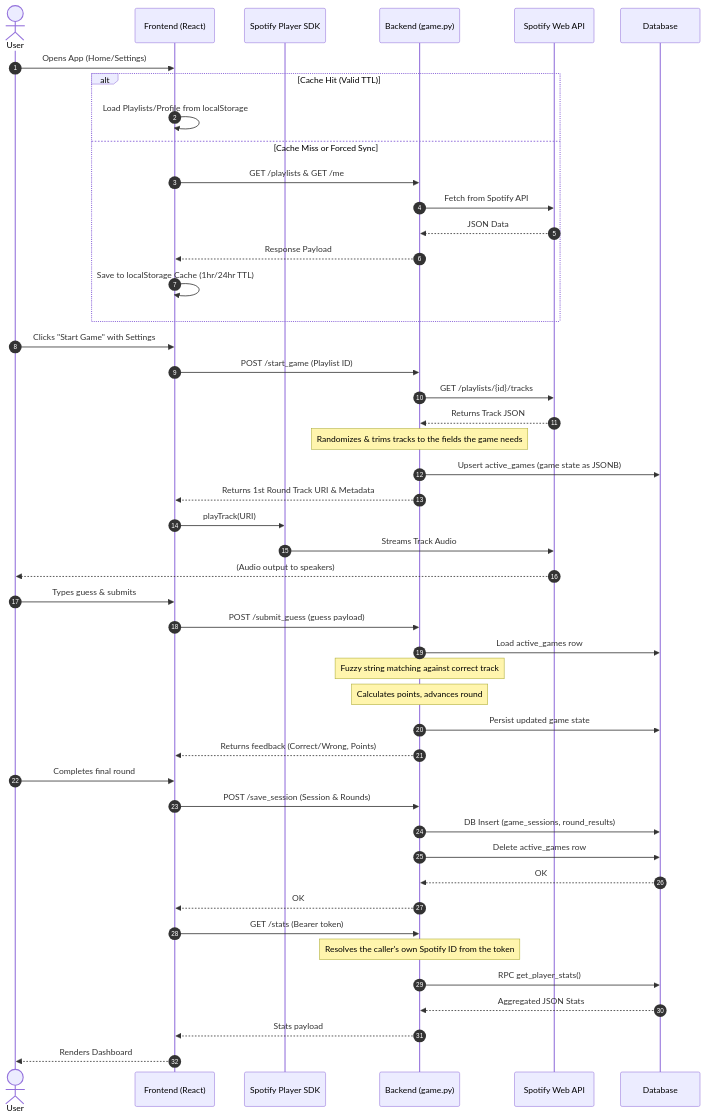
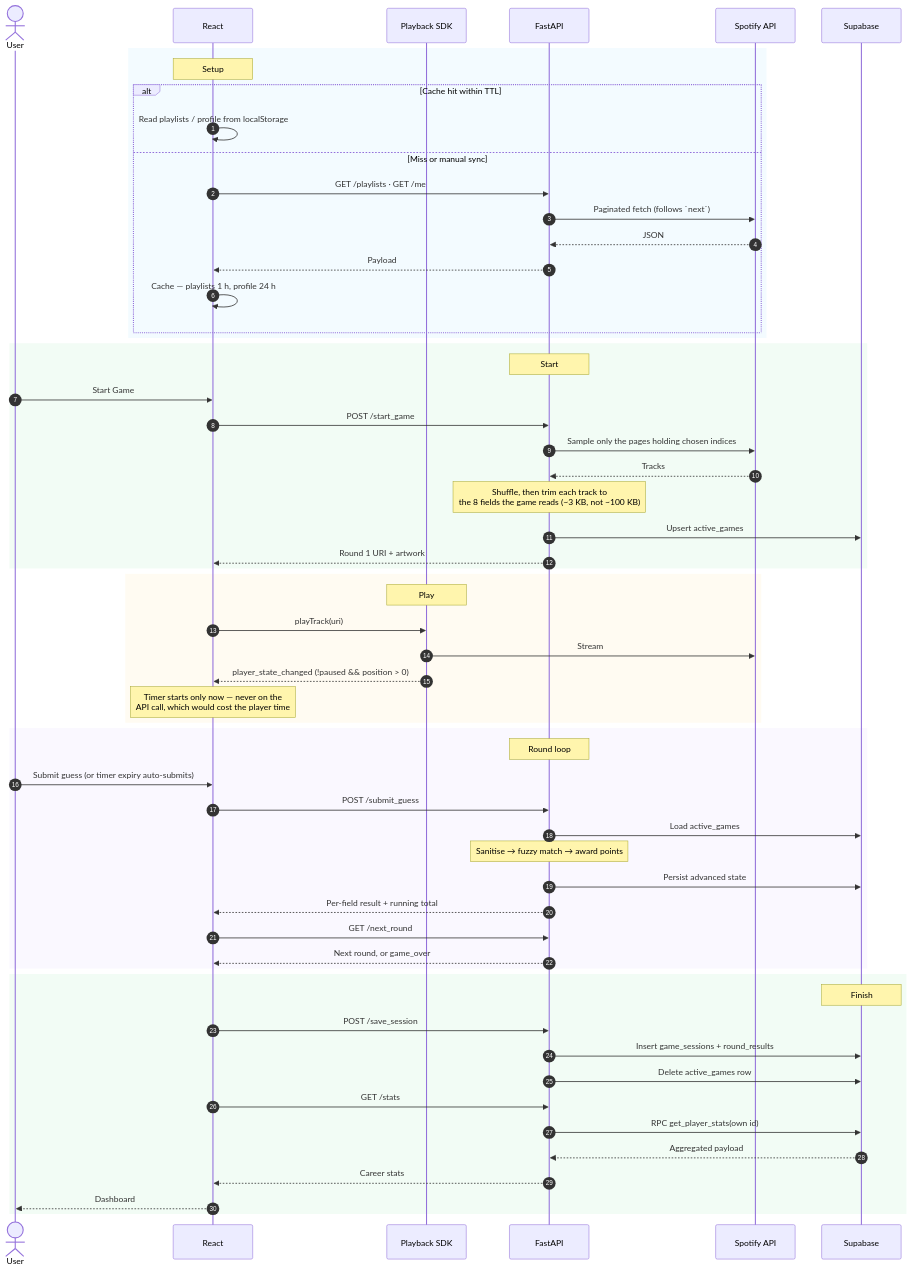
Before and after one commit to VaibhaVSharmaVvs/Beatify: the third of 7 diagrams in README.md, drawn with Mermaid. The commit also changed other lines of this file and 1 other file, not shown here.

First line of the commit message:
Rewrite the README against the code, and add the missing base migration

````diff
--- a/README.md
+++ b/README.md
@@ -179,61 +316,67 @@
 ```mermaid
+%%{init: {'themeVariables':{'fontFamily':'ui-sans-serif, system-ui, Segoe UI, sans-serif','fontSize':'13px'}}}%%
 sequenceDiagram
     autonumber
-    actor User
-    participant React as Frontend (React)
-    participant SDK as Spotify Player SDK
-    participant FastAPI as Backend (game.py)
-    participant Spotify as Spotify Web API
-    participant Supabase as Database
+    actor U as User
+    participant R as React
+    participant SDK as Playback SDK
+    participant API as FastAPI
+    participant S as Spotify API
+    participant DB as Supabase
 
-    %% App Initialization & Caching
-    User->>React: Opens App (Home/Settings)
-    alt Cache Hit (Valid TTL)
-        React->>React: Load Playlists/Profile from localStorage
-    else Cache Miss or Forced Sync
-        React->>FastAPI: GET /playlists & GET /me
-        FastAPI->>Spotify: Fetch from Spotify API
-        Spotify-->>FastAPI: JSON Data
-        FastAPI-->>React: Response Payload
-        React->>React: Save to localStorage Cache (1hr/24hr TTL)
+    rect rgba(56,189,248,0.06)
+    Note over R: Setup
+    alt Cache hit within TTL
+        R->>R: Read playlists / profile from localStorage
+    else Miss or manual sync
+        R->>API: GET /playlists · GET /me
+        API->>S: Paginated fetch (follows `next`)
+        S-->>API: JSON
+        API-->>R: Payload
+        R->>R: Cache — playlists 1 h, profile 24 h
+    end
     end
 
-    %% Start Game
-    User->>React: Clicks "Start Game" with Settings
-    React->>FastAPI: POST /start_game (Playlist ID)
-    FastAPI->>Spotify: GET /playlists/{id}/tracks
-    Spotify-->>FastAPI: Returns Track JSON
-    Note over FastAPI: Randomizes & trims tracks to the fields the game needs
-    FastAPI->>Supabase: Upsert active_games (game state as JSONB)
-    FastAPI-->>React: Returns 1st Round Track URI & Metadata
+    rect rgba(34,197,94,0.06)
+    Note over API: Start
+    U->>R: Start Game
+    R->>API: POST /start_game
+    API->>S: Sample only the pages holding chosen indices
+    S-->>API: Tracks
+    Note over API: Shuffle, then trim each track to<br/>the 8 fields the game reads (~3 KB, not ~100 KB)
+    API->>DB: Upsert active_games
+    API-->>R: Round 1 URI + artwork
+    end
 
-    %% Play Audio
-    React->>SDK: playTrack(URI)
-    SDK->>Spotify: Streams Track Audio
-    Spotify-->>User: (Audio output to speakers)
+    rect rgba(251,191,36,0.06)
+    Note over SDK: Play
+    R->>SDK: playTrack(uri)
+    SDK->>S: Stream
+    SDK-->>R: player_state_changed (!paused && position > 0)
+    Note over R: Timer starts only now — never on the<br/>API call, which would cost the player time
+    end
 
-    %% Submit Guess
-    User->>React: Types guess & submits
-    React->>FastAPI: POST /submit_guess (guess payload)
-    FastAPI->>Supabase: Load active_games row
-    Note over FastAPI: Fuzzy string matching against correct track
-    Note over FastAPI: Calculates points, advances round
-    FastAPI->>Supabase: Persist updated game state
-    FastAPI-->>React: Returns feedback (Correct/Wrong, Points)
+    rect rgba(167,139,250,0.06)
+    Note over API: Round loop
+    U->>R: Submit guess (or timer expiry auto-submits)
+    R->>API: POST /submit_guess
+    API->>DB: Load active_games
+    Note over API: Sanitise → fuzzy match → award points
+    API->>DB: Persist advanced state
+    API-->>R: Per-field result + running total
+    R->>API: GET /next_round
+    API-->>R: Next round, or game_over
+    end
 
-    %% End Game
-    User->>React: Completes final round
-    React->>FastAPI: POST /save_session (Session & Rounds)
-    FastAPI->>Supabase: DB Insert (game_sessions, round_results)
-    FastAPI->>Supabase: Delete active_games row
-    Supabase-->>FastAPI: OK
-    FastAPI-->>React: OK
-
-    %% Fetch Stats
-    React->>FastAPI: GET /stats (Bearer token)
-    Note over FastAPI: Resolves the caller's own Spotify ID from the token
-    FastAPI->>Supabase: RPC get_player_stats()
-    Supabase-->>FastAPI: Aggregated JSON Stats
-    FastAPI-->>React: Stats payload
-    React-->>User: Renders Dashboard
+    rect rgba(34,197,94,0.06)
+    Note over DB: Finish
+    R->>API: POST /save_session
+    API->>DB: Insert game_sessions + round_results
+    API->>DB: Delete active_games row
+    R->>API: GET /stats
+    API->>DB: RPC get_player_stats(own id)
+    DB-->>API: Aggregated payload
+    API-->>R: Career stats
+    R-->>U: Dashboard
+    end
 ```
````
